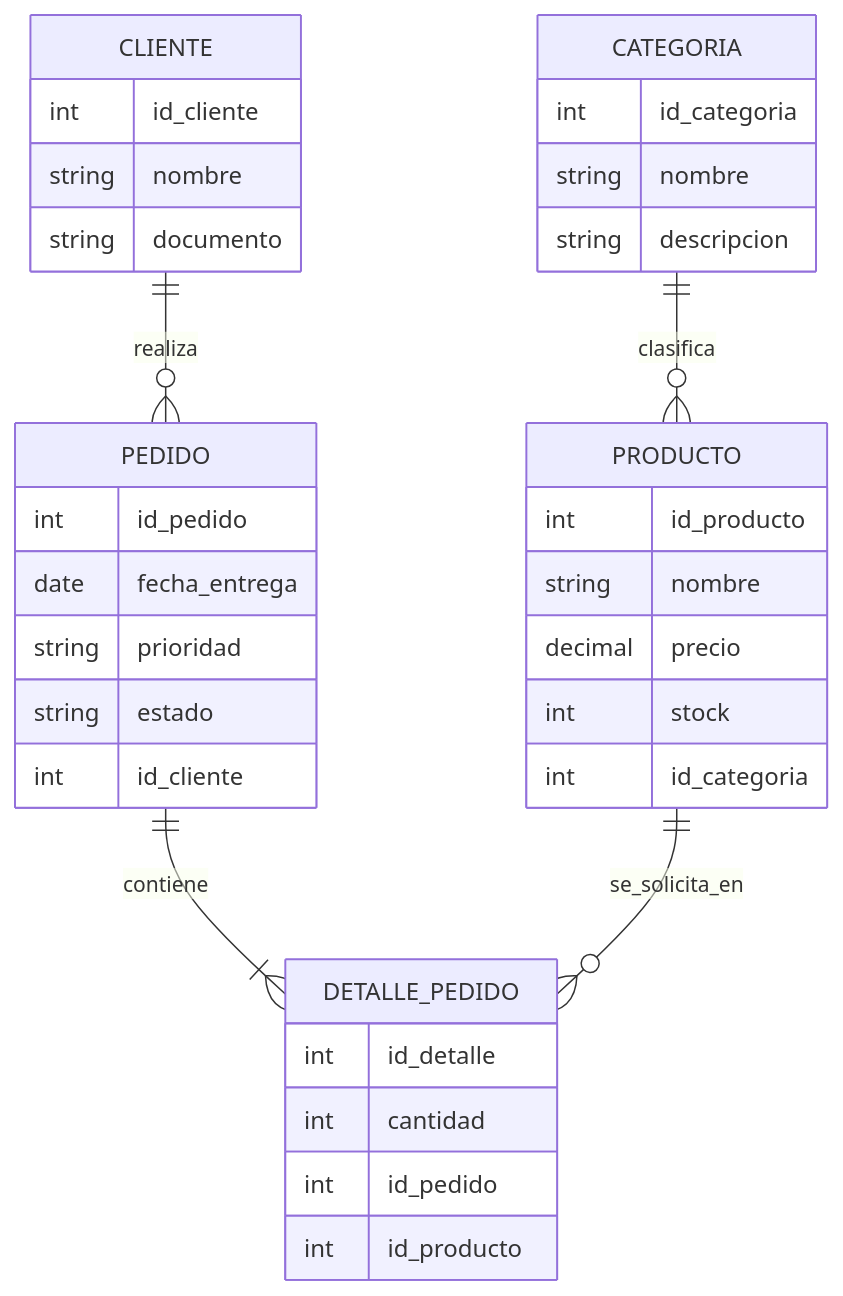
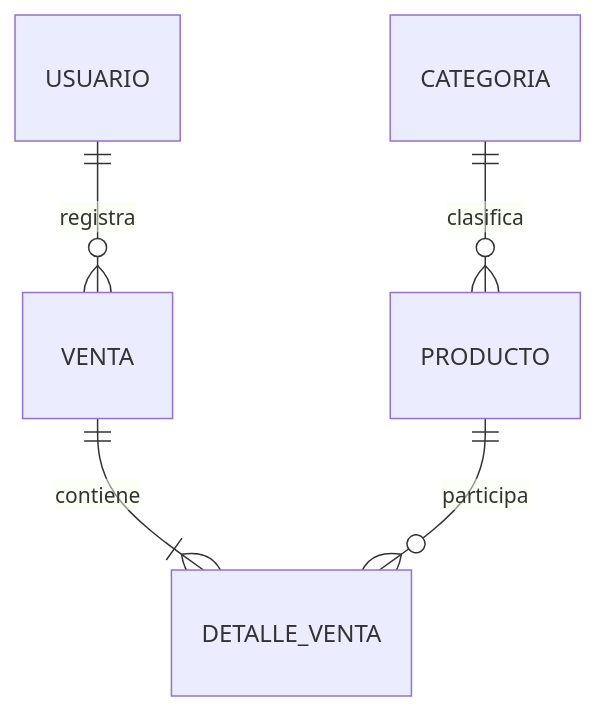
One commit to 262ciclo3/bomstart changed the diagram in docs/proyecto-integrador/u1/bd1-producto.md. Above: the diagram before and after it, drawn with Mermaid. The commit also changed other lines of this file and 23 other files, not shown here.

````diff
--- a/docs/proyecto-integrador/u1/bd1-producto.md
+++ b/docs/proyecto-integrador/u1/bd1-producto.md
@@ -34,42 +21,7 @@
 ```mermaid
 erDiagram
-    CLIENTE ||--o{ PEDIDO : realiza
-    PEDIDO ||--|{ DETALLE_PEDIDO : contiene
-    PRODUCTO ||--o{ DETALLE_PEDIDO : se_solicita_en
     CATEGORIA ||--o{ PRODUCTO : clasifica
-
-    CLIENTE {
-        int id_cliente
-        string nombre
-        string documento
-    }
-
-    PRODUCTO {
-        int id_producto
-        string nombre
-        decimal precio
-        int stock
-        int id_categoria
-    }
-
-    CATEGORIA {
-        int id_categoria
-        string nombre
-        string descripcion
-    }
-
-    PEDIDO {
-        int id_pedido
-        date fecha_entrega
-        string prioridad
-        string estado
-        int id_cliente
-    }
-
-    DETALLE_PEDIDO {
-        int id_detalle
-        int cantidad
-        int id_pedido
-        int id_producto
-    }
+    USUARIO ||--o{ VENTA : registra
+    VENTA ||--|{ DETALLE_VENTA : contiene
+    PRODUCTO ||--o{ DETALLE_VENTA : participa
 ```
````
